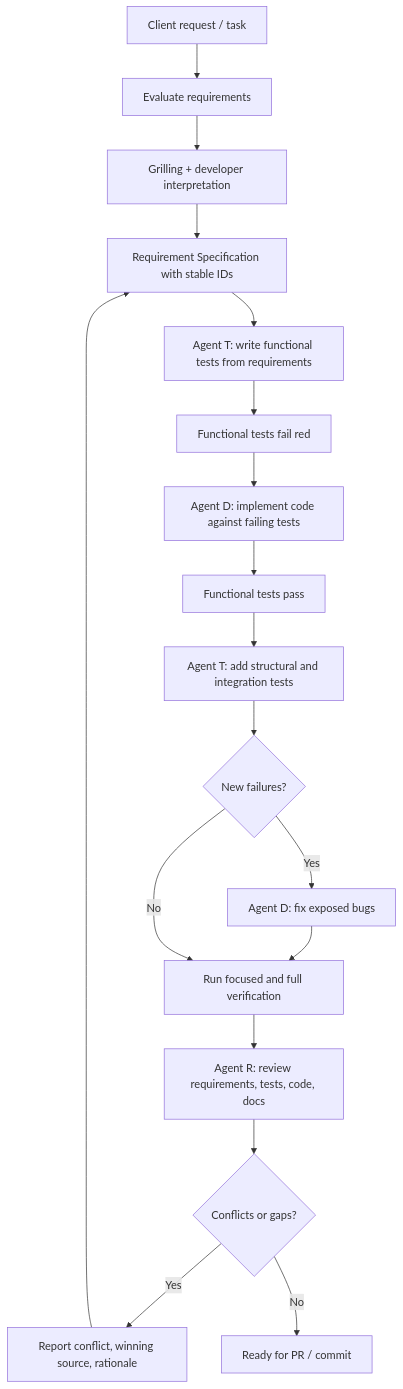
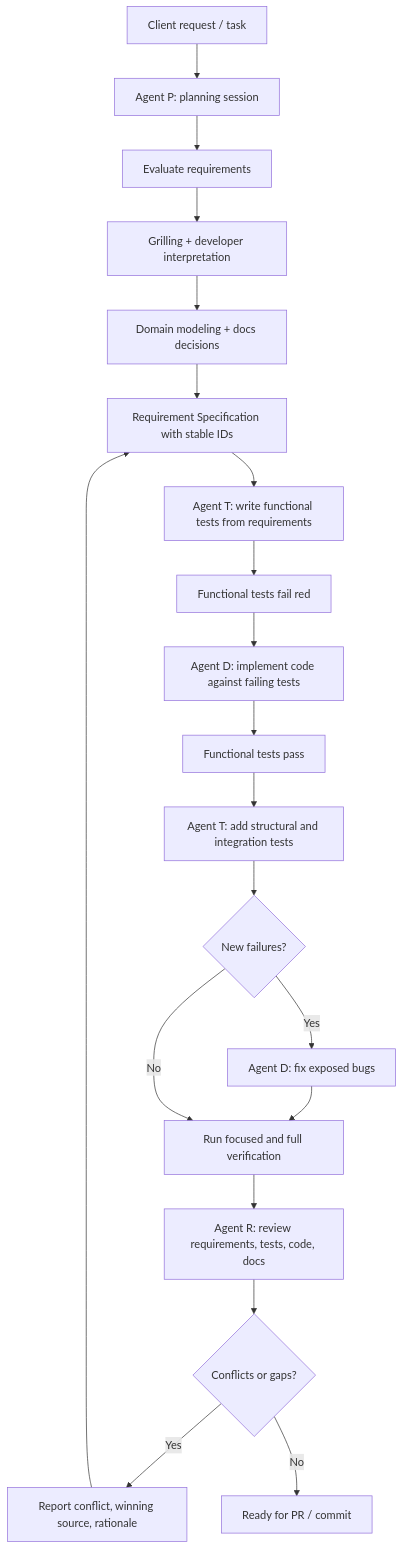
The third of 3 diagrams in docs/documentation-guidelines.md (DudsFerraz/GAM-backend-API), drawn with Mermaid before and after one commit. The commit also changed other lines of this file, not shown here.

Commit message:
docs(workflow): document agent planning phase
Add Agent P to the implementation workflow and define the planning handoff before test design and implementation.

````diff
--- a/docs/documentation-guidelines.md
+++ b/docs/documentation-guidelines.md
@@ -810,28 +810,30 @@
 ```mermaid
 flowchart TD
-    A["Client request / task"] --> B["Evaluate requirements"]
+    A["Client request / task"] --> P["Agent P: planning session"]
+    P --> B["Evaluate requirements"]
     B --> C["Grilling + developer interpretation"]
-    C --> D["Requirement Specification with stable IDs"]
+    C --> M["Domain modeling + docs decisions"]
+    M --> D["Requirement Specification with stable IDs"]
 
     D --> T1["Agent T: write functional tests from requirements"]
     T1 --> RED["Functional tests fail red"]
 
     RED --> D1["Agent D: implement code against failing tests"]
     D1 --> G1["Functional tests pass"]
 
     G1 --> T2["Agent T: add structural and integration tests"]
     T2 --> BUGS{"New failures?"}
 
     BUGS -- Yes --> D2["Agent D: fix exposed bugs"]
     D2 --> V["Run focused and full verification"]
 
     BUGS -- No --> V
 
     V --> R["Agent R: review requirements, tests, code, docs"]
     R --> CONFLICT{"Conflicts or gaps?"}
 
     CONFLICT -- Yes --> C2["Report conflict, winning source, rationale"]
     C2 --> D
 
     CONFLICT -- No --> DONE["Ready for PR / commit"]
 ```
````
